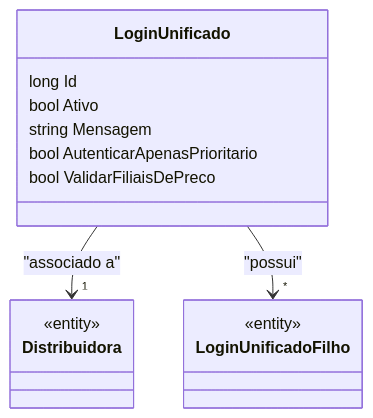
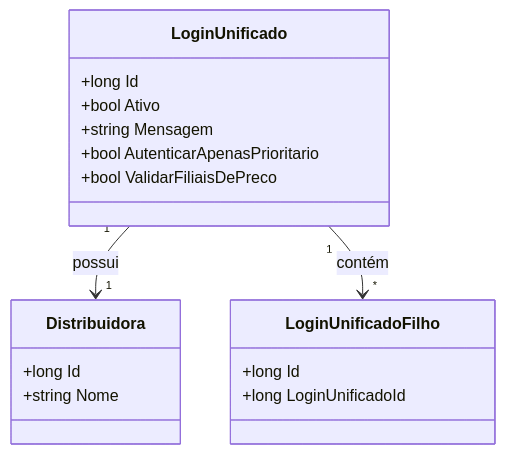
The diagram in docs/b2b-dominio/IsthmusWinthor.Nucleo/IsthmusWinthor.Dominio/Entidades/LoginUnificado.md (IsthmusSistemas/documentacao-tecnica), drawn with Mermaid before and after one commit. The commit also changed other lines of this file and 882 other files, not shown here.

````diff
--- a/docs/b2b-dominio/IsthmusWinthor.Nucleo/IsthmusWinthor.Dominio/Entidades/LoginUnificado.md
+++ b/docs/b2b-dominio/IsthmusWinthor.Nucleo/IsthmusWinthor.Dominio/Entidades/LoginUnificado.md
@@ -46,21 +26,23 @@
 ```mermaid
 classDiagram
     class LoginUnificado {
-        long Id
-        bool Ativo
-        string Mensagem
-        bool AutenticarApenasPrioritario
-        bool ValidarFiliaisDePreco
+        +long Id
+        +bool Ativo
+        +string Mensagem
+        +bool AutenticarApenasPrioritario
+        +bool ValidarFiliaisDePreco
     }
     
     class Distribuidora {
-        <<entity>>
-    }
-    
-    class LoginUnificadoFilho {
-        <<entity>>
+        +long Id
+        +string Nome
     }
 
-    LoginUnificado --> "1" Distribuidora : "associado a"
-    LoginUnificado --> "*" LoginUnificadoFilho : "possui"
+    class LoginUnificadoFilho {
+        +long Id
+        +long LoginUnificadoId
+    }
+
+    LoginUnificado "1" --> "1" Distribuidora : possui
+    LoginUnificado "1" --> "*" LoginUnificadoFilho : contém
 ```
````
